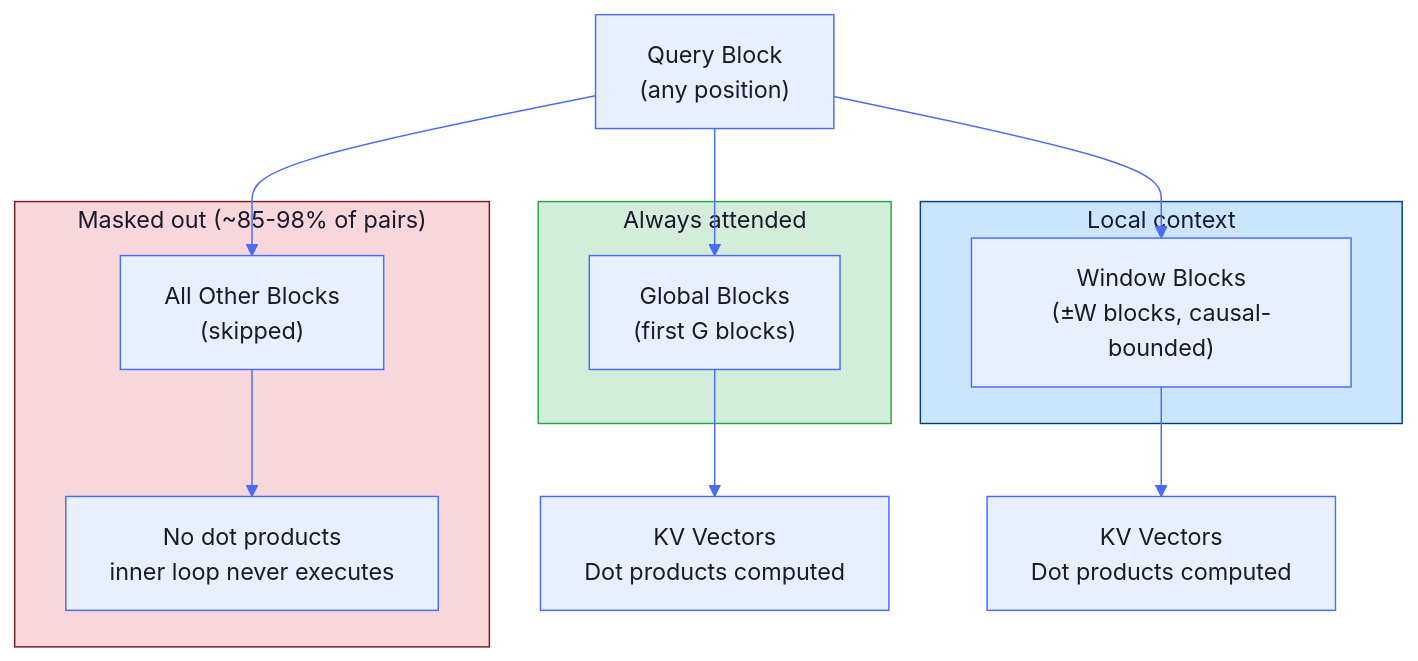
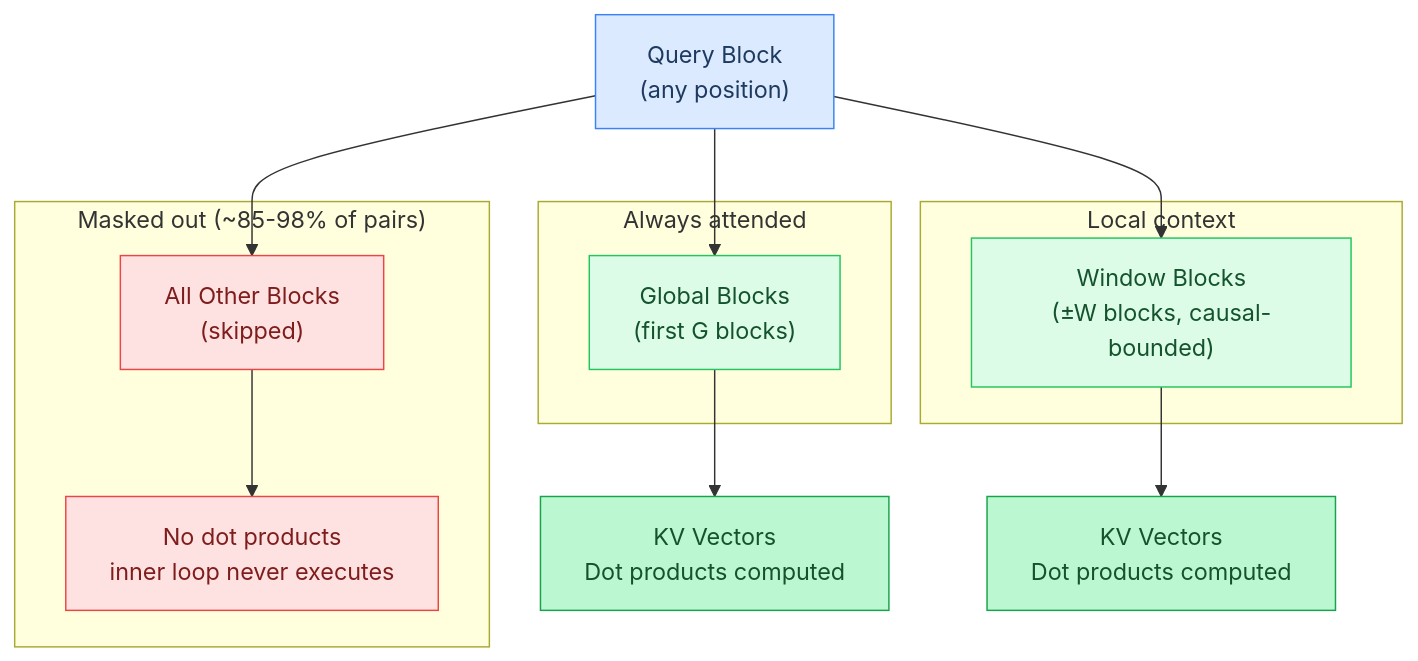
One commit to maci0/agave changed the first of 7 diagrams in docs/tutorial/19-pflash-and-block-sparse.md. Above: the diagram before and after it, drawn with Mermaid. The commit also changed other lines of this file and 24 other files, not shown here.

First line of the commit message:
docs: convert all mermaid diagrams to classDef semantic colors

````diff
--- a/docs/tutorial/19-pflash-and-block-sparse.md
+++ b/docs/tutorial/19-pflash-and-block-sparse.md
@@ -24,41 +24,37 @@
 ```mermaid
-%%{init: {'theme': 'base', 'themeVariables': {
-  'primaryColor': '#e8f0fe',
-  'primaryTextColor': '#1a1a2e',
-  'primaryBorderColor': '#4a6cf7',
-  'lineColor': '#4a6cf7',
-  'secondaryColor': '#f0f4ff',
-  'tertiaryColor': '#f8f9ff',
-  'edgeLabelBackground': '#ffffff',
-  'clusterBkg': '#f0f4ff',
-  'clusterBorder': '#4a6cf7',
-  'titleColor': '#1a1a2e',
-  'nodeTextColor': '#1a1a2e',
-  'fontFamily': 'ui-monospace, SFMono-Regular, monospace'
-}}}%%
 flowchart TD
-    Q["Query Block\n(any position)"] --> G["Global Blocks\n(first G blocks)"]
-    Q --> W["Window Blocks\n(±W blocks, causal-bounded)"]
-    Q --> S["All Other Blocks\n(skipped)"]
+    classDef setup     fill:#dbeafe,stroke:#3b82f6,color:#1e3a5f
+    classDef sync      fill:#dcfce7,stroke:#22c55e,color:#14532d
+    classDef migration fill:#fef9c3,stroke:#eab308,color:#713f12
+    classDef success   fill:#bbf7d0,stroke:#16a34a,color:#14532d
+    classDef danger    fill:#fee2e2,stroke:#ef4444,color:#7f1d1d
+    classDef optional  fill:#f3e8ff,stroke:#9333ea,color:#581c87
 
-    G --> KV_G["KV Vectors\nDot products computed"]
-    W --> KV_W["KV Vectors\nDot products computed"]
-    S --> SKIP["No dot products\ninner loop never executes"]
+    Q["Query Block\n(any position)"]:::setup
+    G["Global Blocks\n(first G blocks)"]:::sync
+    W["Window Blocks\n(±W blocks, causal-bounded)"]:::sync
+    S["All Other Blocks\n(skipped)"]:::danger
+    KV_G["KV Vectors\nDot products computed"]:::success
+    KV_W["KV Vectors\nDot products computed"]:::success
+    SKIP["No dot products\ninner loop never executes"]:::danger
+
+    Q --> G
+    Q --> W
+    Q --> S
+    G --> KV_G
+    W --> KV_W
+    S --> SKIP
 
     subgraph Always["Always attended"]
         G
     end
 
     subgraph Local["Local context"]
         W
     end
 
     subgraph Masked["Masked out (~85-98% of pairs)"]
         S
         SKIP
     end
-
-    style Always fill:#d4edda,stroke:#28a745
-    style Local fill:#cce5ff,stroke:#004085
-    style Masked fill:#f8d7da,stroke:#721c24
 ```
````
